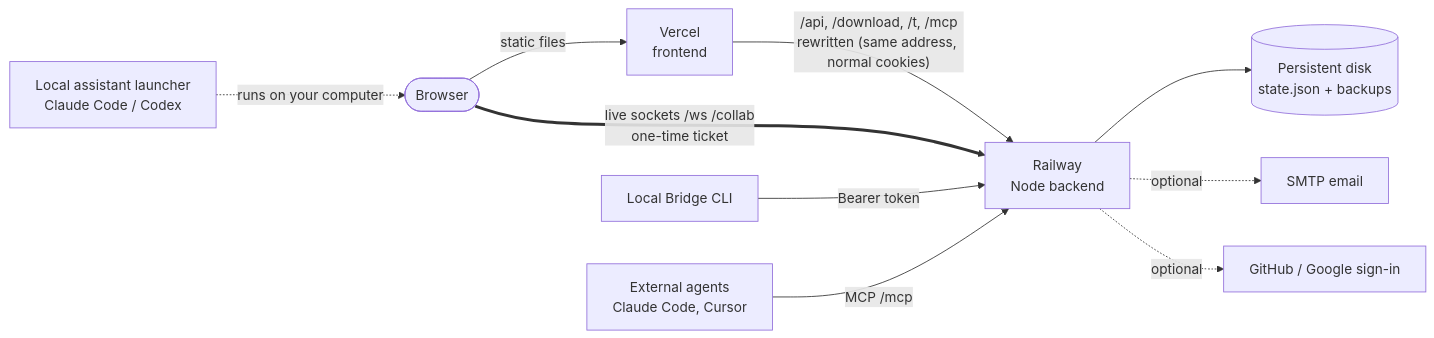
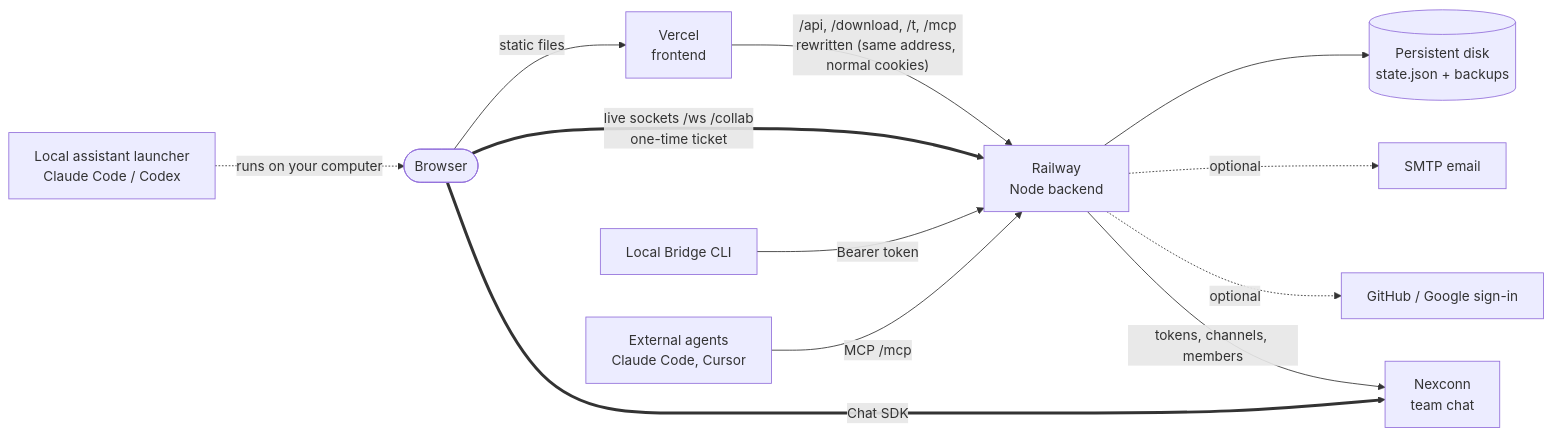
The second of 7 diagrams in README.md (Piyush5525/Hackconnect), drawn with Mermaid before and after one commit. The commit also changed other lines of this file, not shown here.

Commit message:
Add Nexconn team hub and update README with live demo

````diff
--- a/README.md
+++ b/README.md
@@ -96,12 +156,14 @@
 ```mermaid
 flowchart LR
   U([Browser]) -->|static files| V[Vercel<br/>frontend]
   V -->|"/api, /download, /t, /mcp<br/>rewritten (same address, normal cookies)"| R[Railway<br/>Node backend]
   U ==>|"live sockets /ws /collab<br/>one-time ticket"| R
   R --> D[(Persistent disk<br/>state.json + backups)]
   R -.->|optional| M[SMTP email]
   R -.->|optional| O[GitHub / Google sign-in]
+  R -->|"tokens, channels, members"| N[Nexconn<br/>team chat]
+  U ==>|"Chat SDK"| N
   L[Local assistant launcher<br/>Claude Code / Codex] -.->|"runs on your computer"| U
   B[Local Bridge CLI] -->|Bearer token| R
   X[External agents<br/>Claude Code, Cursor] -->|MCP /mcp| R
 ```
````
